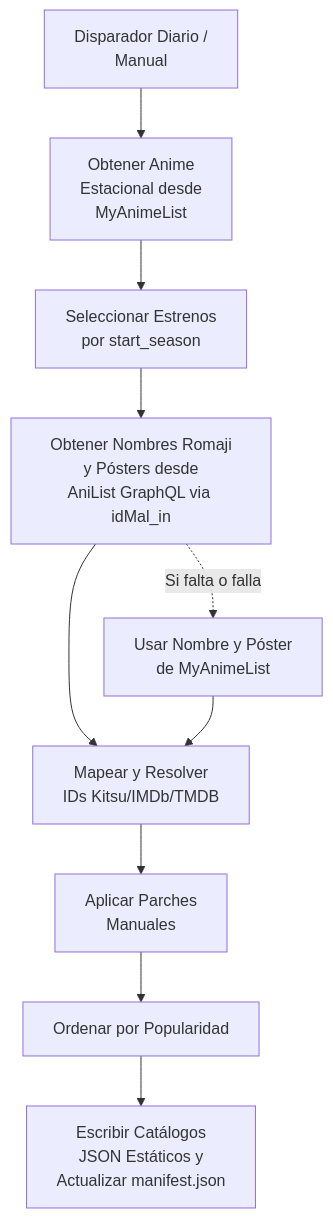
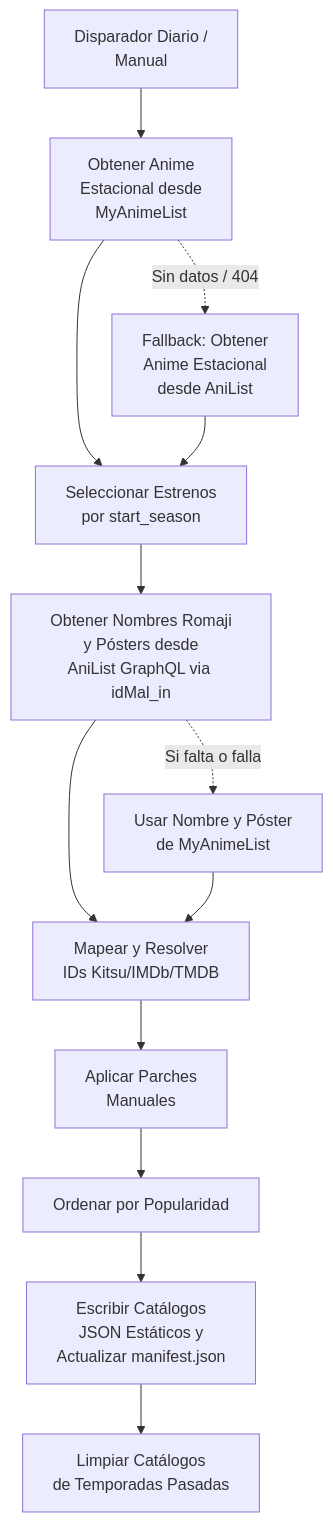
The first of 2 diagrams in README.md (KevinAZHD/animes-season-addon), drawn with Mermaid before and after one commit. The commit also changed other lines of this file and 4 other files, not shown here.

Commit message:
fix: DST-aware cron, AniList season fallback, old catalog cleanup

````diff
--- a/README.md
+++ b/README.md
@@ -17,12 +17,15 @@
 ```mermaid
 graph TD
     A[Disparador Diario /<br>Manual] --> B[Obtener Anime<br>Estacional desde<br>MyAnimeList]
     B --> C[Seleccionar Estrenos<br>por start_season]
+    B -. Sin datos / 404 .-> AL[Fallback: Obtener<br>Anime Estacional<br>desde AniList]
+    AL --> C
     C --> D[Obtener Nombres Romaji<br>y Pósters desde<br>AniList GraphQL via idMal_in]
     D -. Si falta o falla .-> R[Usar Nombre y Póster<br>de MyAnimeList]
     D --> E[Mapear y Resolver<br>IDs Kitsu/IMDb/TMDB]
     R --> E
     E --> F[Aplicar Parches<br>Manuales]
     F --> G[Ordenar por Popularidad]
     G --> H[Escribir Catálogos<br>JSON Estáticos y<br>Actualizar manifest.json]
+    H --> CL[Limpiar Catálogos<br>de Temporadas Pasadas]
 ```
````
